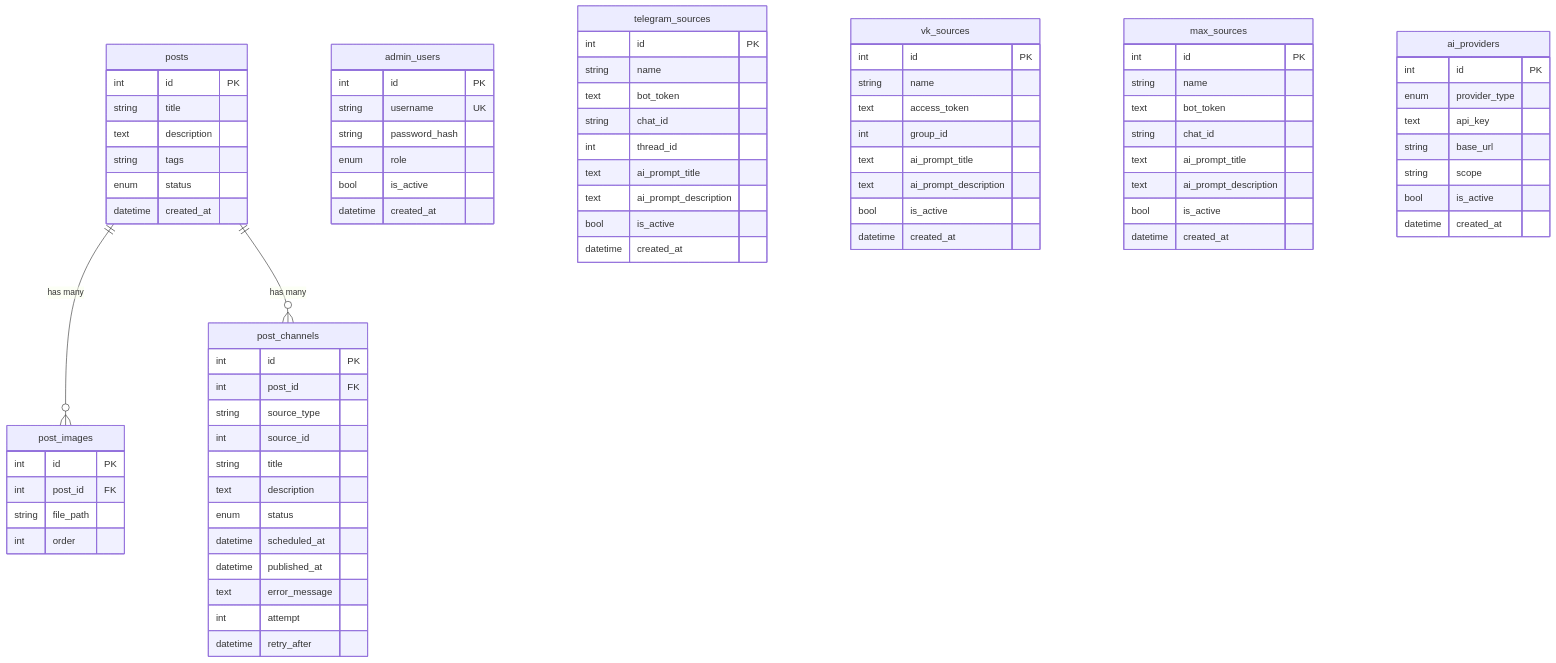
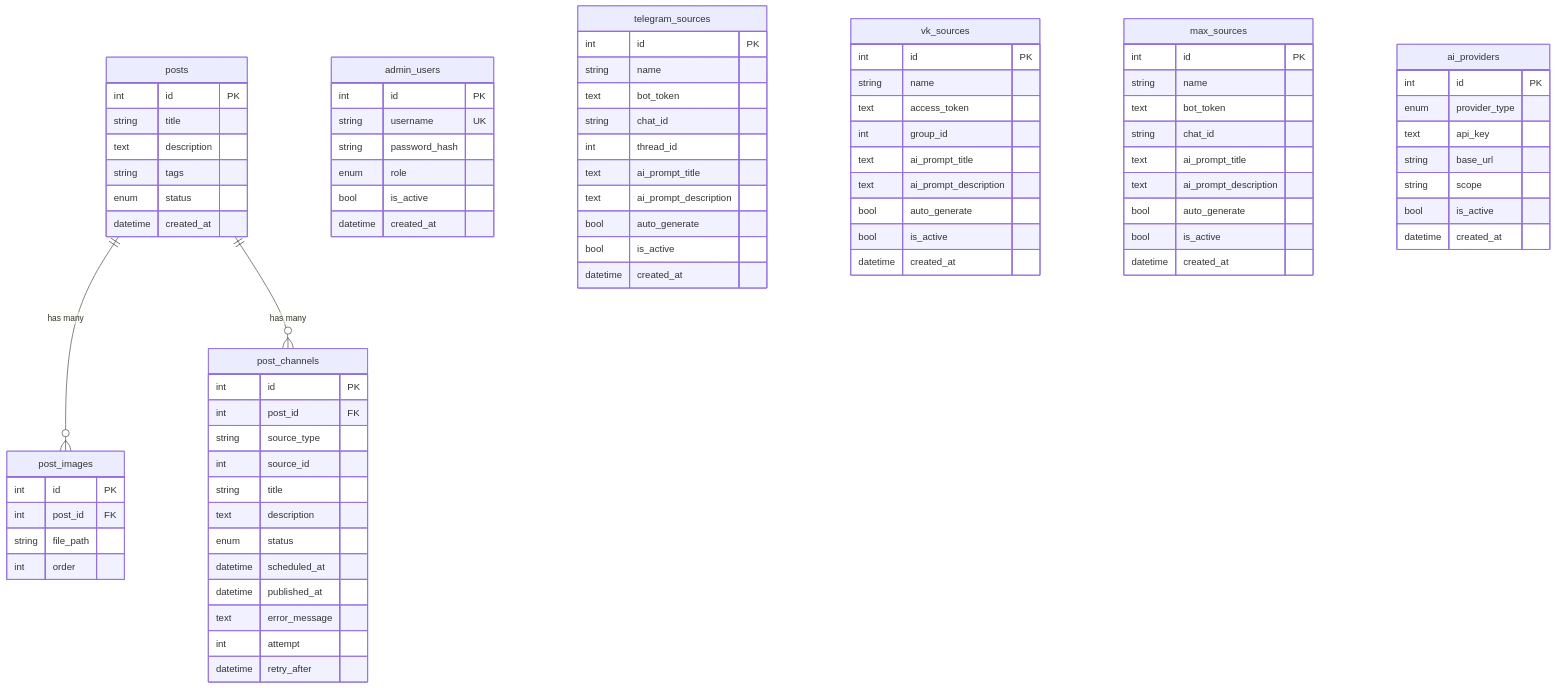
The diagram in rules/database/schema.md (prog-time/postery), drawn with Mermaid before and after one commit. The commit also changed other lines of this file and 11 other files, not shown here.

```diff
--- a/rules/database/schema.md
+++ b/rules/database/schema.md
@@ -77,6 +77,7 @@
         int thread_id
         text ai_prompt_title
         text ai_prompt_description
+        bool auto_generate
         bool is_active
         datetime created_at
     }
@@ -87,6 +88,7 @@
         int group_id
         text ai_prompt_title
         text ai_prompt_description
+        bool auto_generate
         bool is_active
         datetime created_at
     }
@@ -97,6 +99,7 @@
         string chat_id
         text ai_prompt_title
         text ai_prompt_description
+        bool auto_generate
         bool is_active
         datetime created_at
     }
```
